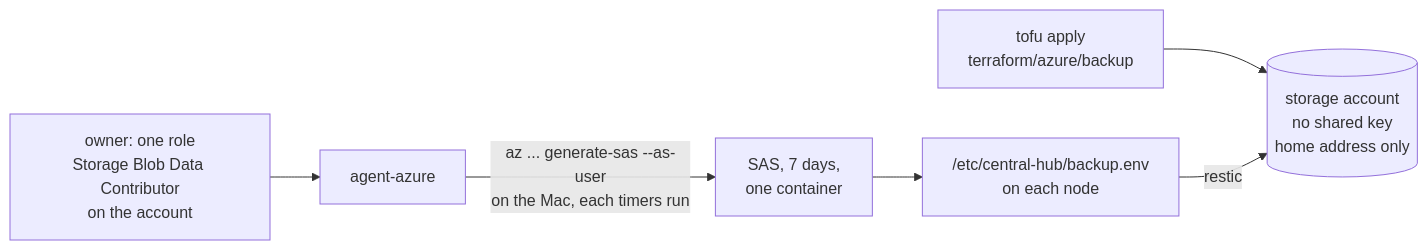
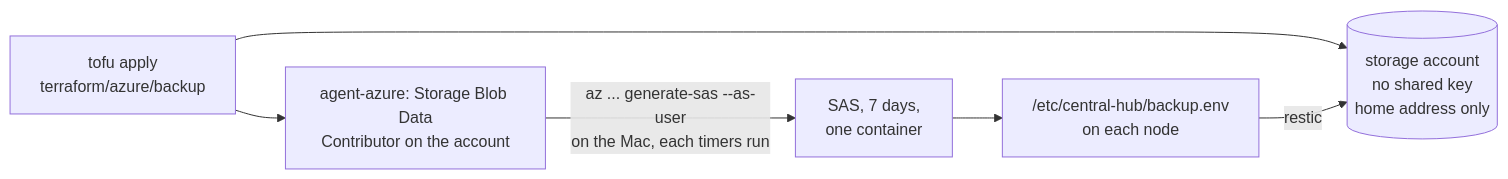
The second of 2 diagrams in docs/runbooks/back-up-c1-off-box.md (jonhill90/central-hub), drawn with Mermaid before and after one commit. The commit also changed other lines of this file and 5 other files, not shown here.

First line of the commit message:
feat: give the backup SAS signer its blob data role as code

````diff
--- a/docs/runbooks/back-up-c1-off-box.md
+++ b/docs/runbooks/back-up-c1-off-box.md
@@ -55,8 +55,8 @@
 ```mermaid
 flowchart LR
   tofu["tofu apply<br/>terraform/azure/backup"] --> sa[("storage account<br/>no shared key<br/>home address only")]
-  owner["owner: one role<br/>Storage Blob Data Contributor<br/>on the account"] --> sp["agent-azure"]
+  tofu --> sp["agent-azure: Storage Blob Data<br/>Contributor on the account"]
   sp -->|"az ... generate-sas --as-user<br/>on the Mac, each timers run"| sas["SAS, 7 days,<br/>one container"]
   sas --> nodes["/etc/central-hub/backup.env<br/>on each node"]
   nodes -->|restic| sa
 ```
````
